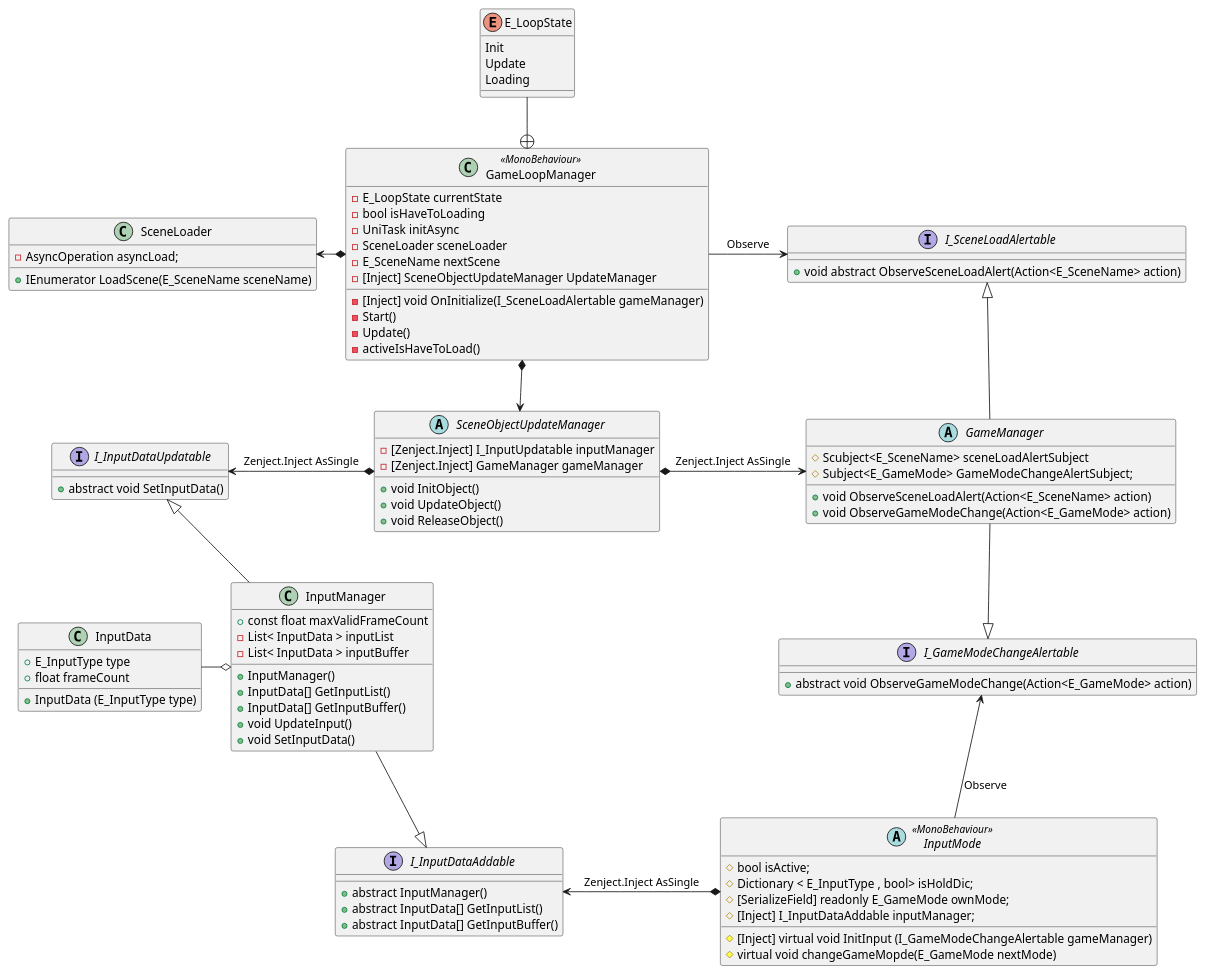
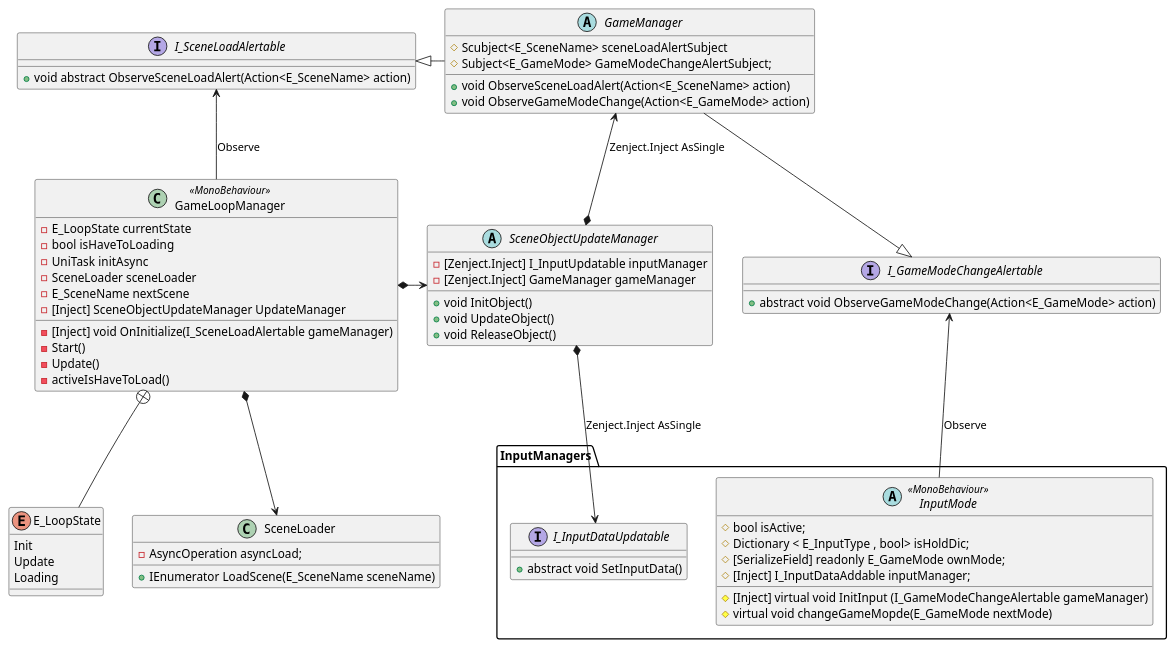
One commit to tezumozu/GameAsetsDev changed the diagram in Unity/Unity1weekAsets/Assets/Script/GameSystems/Ver1.0.0/UML/GameLoop/Ver1_0/Class/GameLoopManager.pu. Above: the diagram before and after it, drawn with PlantUML. The commit also changed 5 other files, not shown here.

Commit message:
update UML

```diff
--- a/Unity/Unity1weekAsets/Assets/Script/GameSystems/Ver1.0.0/UML/GameLoop/Ver1_0/Class/GameLoopManager.pu
+++ b/Unity/Unity1weekAsets/Assets/Script/GameSystems/Ver1.0.0/UML/GameLoop/Ver1_0/Class/GameLoopManager.pu
@@ -1,121 +1,128 @@
 @startuml GameLoopManager
 
     class GameLoopManager<<MonoBehaviour>>{
         - E_LoopState currentState
         - bool isHaveToLoading
         - UniTask initAsync
         - SceneLoader sceneLoader
         - E_SceneName nextScene
         - [Inject] SceneObjectUpdateManager UpdateManager
 
         - [Inject] void OnInitialize(I_SceneLoadAlertable gameManager)
         - Start()
         - Update()
         - activeIsHaveToLoad()
     }
 
     enum E_LoopState {
         Init
         Update
         Loading
     }
 
 
     class SceneLoader{
         - AsyncOperation asyncLoad;
 
         + IEnumerator LoadScene(E_SceneName sceneName)
     }
 
 
     abstract class SceneObjectUpdateManager{
         - [Zenject.Inject] I_InputUpdatable inputManager
         - [Zenject.Inject] GameManager gameManager
 
         + void InitObject()
         + void UpdateObject()
         + void ReleaseObject()
     }
 
 
     interface I_SceneLoadAlertable{
         + void abstract ObserveSceneLoadAlert(Action<E_SceneName> action)
     }
 
 
     abstract class GameManager {
         # Scubject<E_SceneName> sceneLoadAlertSubject
         # Subject<E_GameMode> GameModeChangeAlertSubject;
 
         + void ObserveSceneLoadAlert(Action<E_SceneName> action)
         + void ObserveGameModeChange(Action<E_GameMode> action)
     }
 
     interface I_GameModeChangeAlertable{
         + abstract void ObserveGameModeChange(Action<E_GameMode> action)
     }
 
-    class InputManager{
-        + const float maxValidFrameCount
-        - List< InputData > inputList
-        - List< InputData > inputBuffer
+    
+    
+
+    namespace InputManagers{
+        abstract class InputMode<<MonoBehaviour>>{
+            # bool isActive;
+            # Dictionary < E_InputType , bool> isHoldDic;
+            # [SerializeField] readonly E_GameMode ownMode;
+            # [Inject] I_InputDataAddable inputManager;
+            
+            # [Inject] virtual void InitInput (I_GameModeChangeAlertable gameManager)
+            # virtual void changeGameMopde(E_GameMode nextMode)
+        }
+
+        interface I_InputDataUpdatable{
+            + abstract void SetInputData()
+        }
         
-        + InputManager()
-        + InputData[] GetInputList()
-        + InputData[] GetInputBuffer()
-        + void UpdateInput()
-        + void SetInputData()
+        /'class InputManager{
+            + const float maxValidFrameCount
+            - List< InputData > inputList
+            - List< InputData > inputBuffer
+            
+            + InputManager()
+            + InputData[] GetInputList()
+            + InputData[] GetInputBuffer()
+            + void UpdateInput()
+            + void SetInputData()
+        }
+
+        
+
+        class InputData{
+            + E_InputType type
+            + float frameCount
+            + InputData (E_InputType type)
+        }
+
+
+        interface I_InputDataAddable{
+            + abstract InputManager()
+            + abstract InputData[] GetInputList()
+            + abstract InputData[] GetInputBuffer()
+        }
+        '/
     }
 
 
-    abstract class InputMode<<MonoBehaviour>>{
-        # bool isActive;
-        # Dictionary < E_InputType , bool> isHoldDic;
-        # [SerializeField] readonly E_GameMode ownMode;
-        # [Inject] I_InputDataAddable inputManager;
-        
-        # [Inject] virtual void InitInput (I_GameModeChangeAlertable gameManager)
-        # virtual void changeGameMopde(E_GameMode nextMode)
-    }
+    GameLoopManager -up-> I_SceneLoadAlertable : Observe
+    GameLoopManager *-right-> SceneObjectUpdateManager
+    GameLoopManager *-down-> SceneLoader
 
-
-    class InputData{
-        + E_InputType type
-        + float frameCount
-        + InputData (E_InputType type)
-    }
-
-
-    interface I_InputDataAddable{
-        + abstract InputManager()
-        + abstract InputData[] GetInputList()
-        + abstract InputData[] GetInputBuffer()
-    }
-
-
-    interface I_InputDataUpdatable{
-        + abstract void SetInputData()
-    }
-
-
-    GameLoopManager -right-> I_SceneLoadAlertable : Observe
-    GameLoopManager *--> SceneObjectUpdateManager
-    GameLoopManager *-left-> SceneLoader
-
-    GameManager -up-|> I_SceneLoadAlertable
+    GameManager -left-|> I_SceneLoadAlertable
     GameManager --|> I_GameModeChangeAlertable
 
     InputMode -up-> I_GameModeChangeAlertable : Observe
-    InputMode *-left-> I_InputDataAddable : Zenject.Inject AsSingle
 
-    SceneObjectUpdateManager *-right-> GameManager : Zenject.Inject AsSingle
-    SceneObjectUpdateManager *-left-> I_InputDataUpdatable : Zenject.Inject AsSingle
+    SceneObjectUpdateManager *-left-> GameManager : Zenject.Inject AsSingle
+    SceneObjectUpdateManager *--> I_InputDataUpdatable : Zenject.Inject AsSingle
 
-    E_LoopState --+ GameLoopManager
+    E_LoopState -up-+ GameLoopManager
 
+
+    /'
     InputManager --|> I_InputDataAddable
     InputManager -up-|> I_InputDataUpdatable
     InputManager o-left- InputData
-
+    InputMode *-left-> I_InputDataAddable : Zenject.Inject AsSingle
+    '/
     
 @enduml
```
